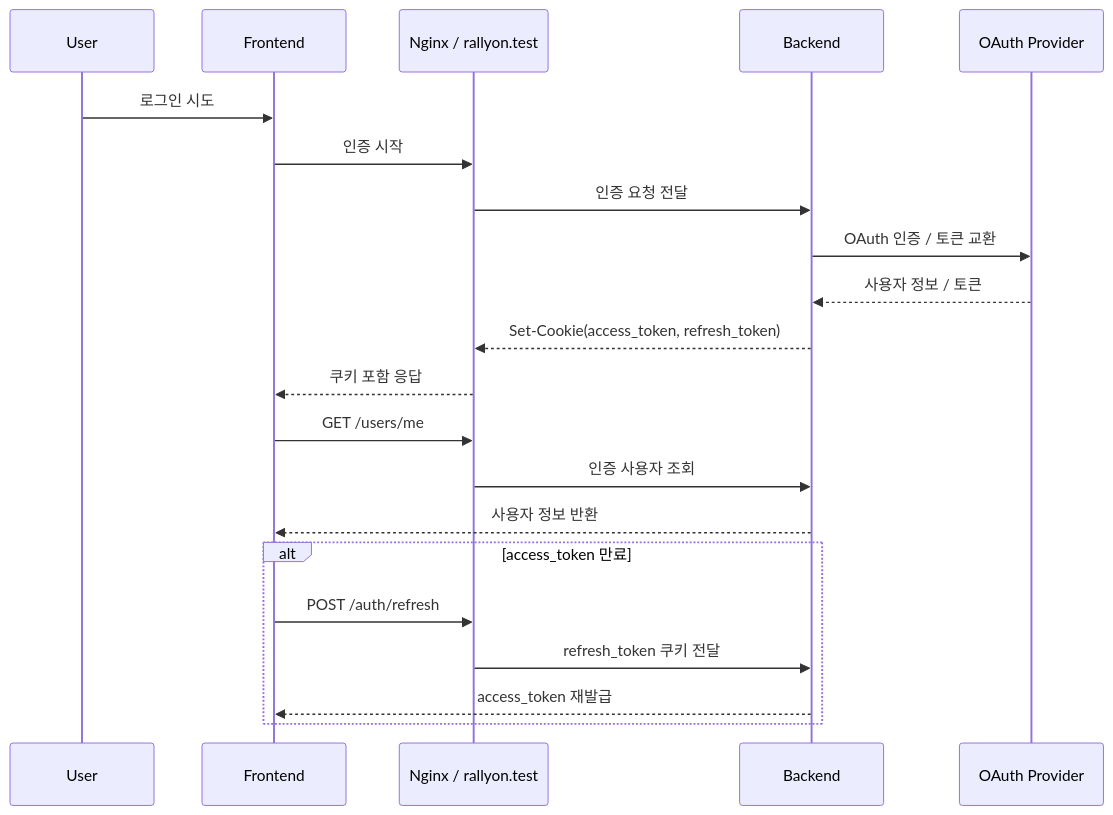
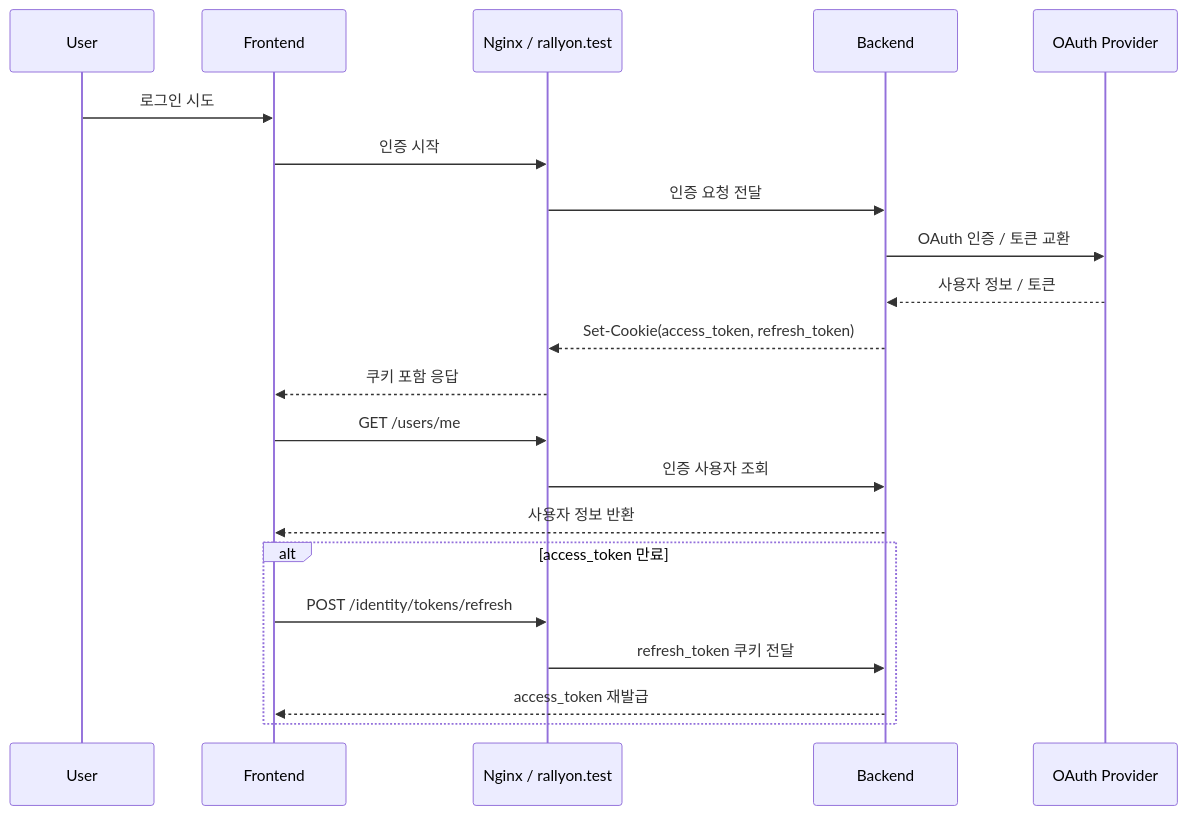
One commit to Gumraze-git/devlog changed the second of 3 diagrams in posts/projects/rally-on/2-architecture.md. Above: the diagram before and after it, drawn with Mermaid. The commit also changed other lines of this file and 11 other files, not shown here.

````diff
--- a/posts/projects/rally-on/2-architecture.md
+++ b/posts/projects/rally-on/2-architecture.md
@@ -29,24 +29,24 @@
 ```mermaid
 sequenceDiagram
   participant U as User
   participant F as Frontend
   participant P as Nginx / rallyon.test
   participant B as Backend
   participant O as OAuth Provider
 
   U->>F: 로그인 시도
   F->>P: 인증 시작
   P->>B: 인증 요청 전달
   B->>O: OAuth 인증 / 토큰 교환
   O-->>B: 사용자 정보 / 토큰
   B-->>P: Set-Cookie(access_token, refresh_token)
   P-->>F: 쿠키 포함 응답
   F->>P: GET /users/me
   P->>B: 인증 사용자 조회
   B-->>F: 사용자 정보 반환
   alt access_token 만료
-    F->>P: POST /auth/refresh
+    F->>P: POST /identity/tokens/refresh
     P->>B: refresh_token 쿠키 전달
     B-->>F: access_token 재발급
   end
 ```
````
